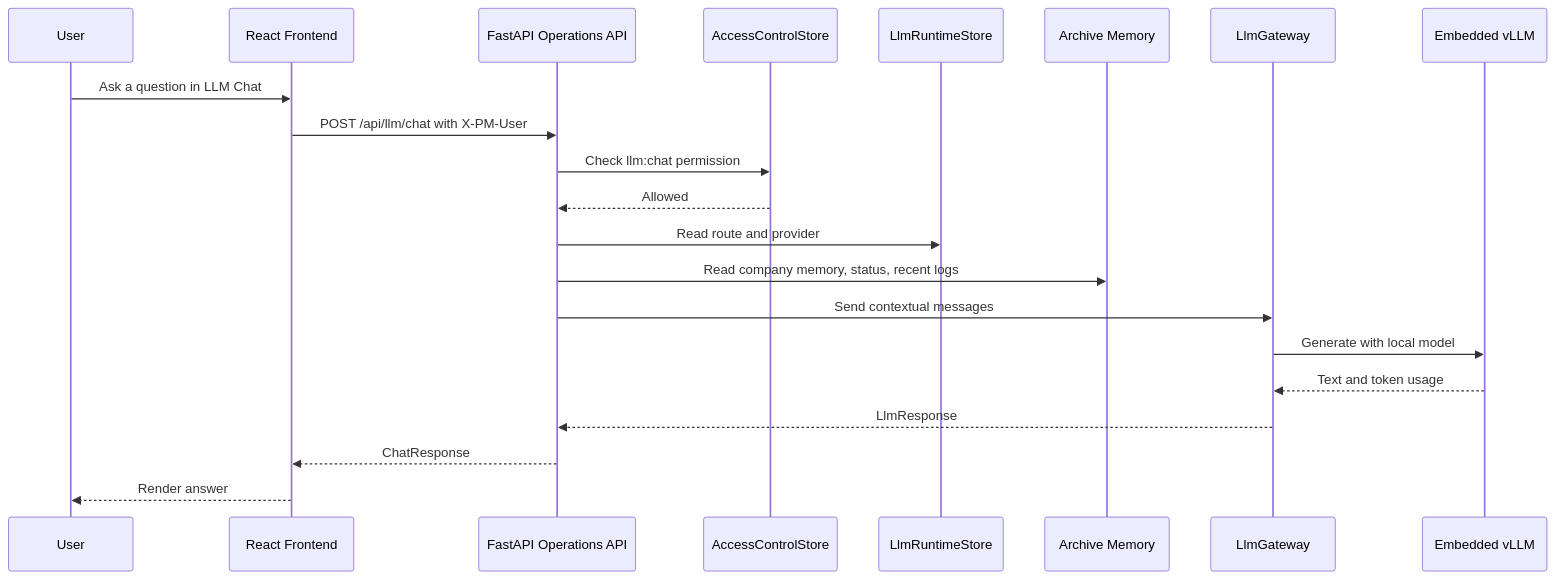
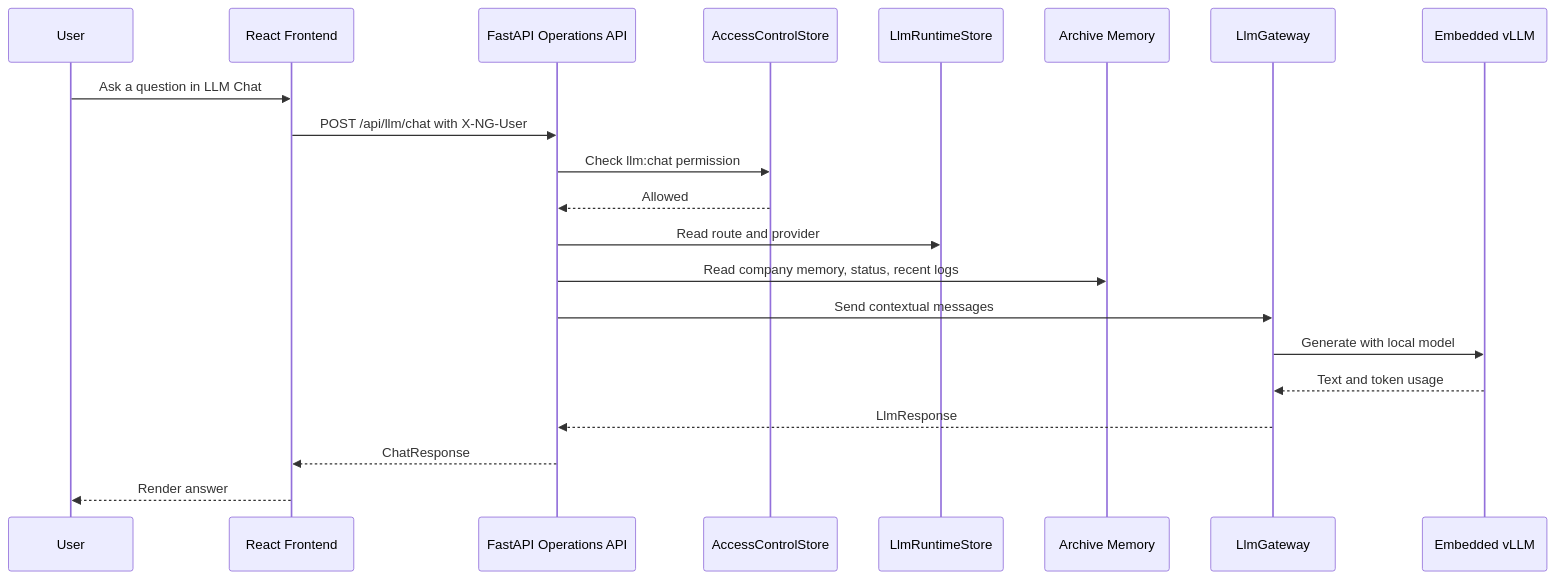
One commit to PatchMachine/Negotium changed the second of 9 diagrams in docs/architecture.md. Above: the diagram before and after it, drawn with Mermaid. The commit also changed other lines of this file and 5 other files, not shown here.

````diff
--- a/docs/architecture.md
+++ b/docs/architecture.md
@@ -52,24 +52,24 @@
 ```mermaid
 sequenceDiagram
   participant User as User
   participant UI as React Frontend
   participant API as FastAPI Operations API
   participant Auth as AccessControlStore
   participant Runtime as LlmRuntimeStore
   participant Archive as Archive Memory
   participant Gateway as LlmGateway
   participant VLLM as Embedded vLLM
 
   User->>UI: Ask a question in LLM Chat
-  UI->>API: POST /api/llm/chat with X-PM-User
+  UI->>API: POST /api/llm/chat with X-NG-User
   API->>Auth: Check llm:chat permission
   Auth-->>API: Allowed
   API->>Runtime: Read route and provider
   API->>Archive: Read company memory, status, recent logs
   API->>Gateway: Send contextual messages
   Gateway->>VLLM: Generate with local model
   VLLM-->>Gateway: Text and token usage
   Gateway-->>API: LlmResponse
   API-->>UI: ChatResponse
   UI-->>User: Render answer
 ```
````
